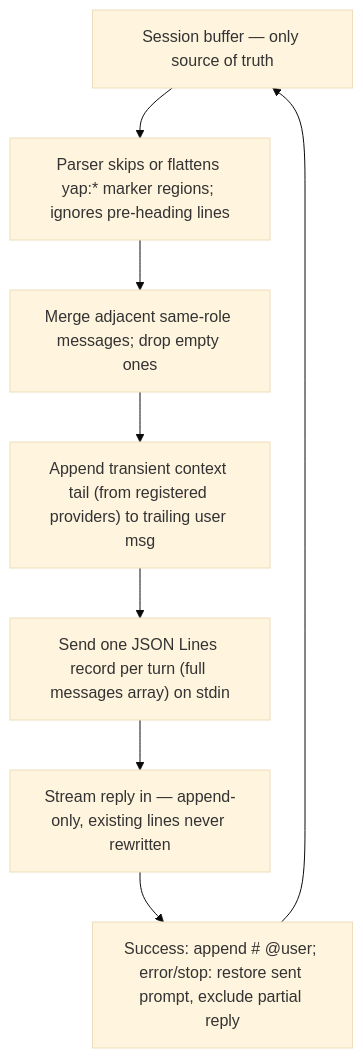
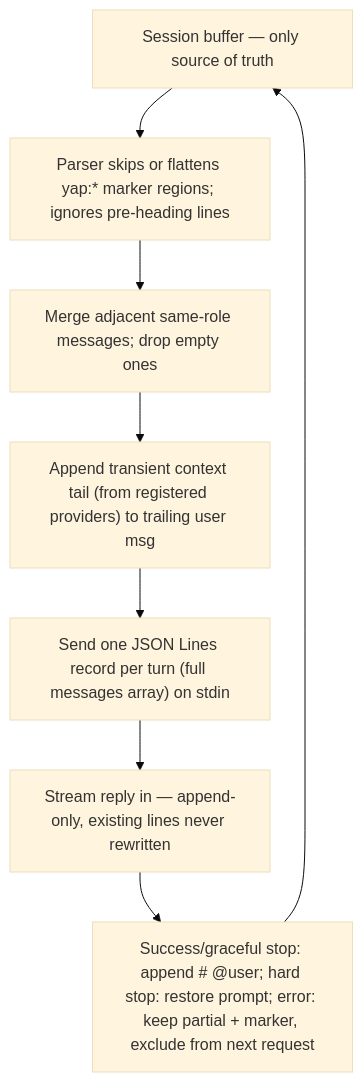
Before and after one commit to noisesfromspace/yap: the first of 3 diagrams in CONTRIBUTING.md, drawn with Mermaid (base theme). The commit also changed other lines of this file and 10 other files, not shown here.

First line of the commit message:
fix(turn): keep graceful-stop partials, quarantine error partials

````diff
--- a/CONTRIBUTING.md
+++ b/CONTRIBUTING.md
@@ -90,10 +90,10 @@
 ```mermaid
 flowchart TD
     A["Session buffer — only source of truth"] --> B["Parser skips or flattens yap:* marker regions; ignores pre-heading lines"]
     B --> C["Merge adjacent same-role messages; drop empty ones"]
     C --> D["Append transient context tail (from registered providers) to trailing user msg"]
     D --> E["Send one JSON Lines record per turn (full messages array) on stdin"]
     E --> F["Stream reply in — append-only, existing lines never rewritten"]
-    F --> G["Success: append # @user; error/stop: restore sent prompt, exclude partial reply"]
+    F --> G["Success/graceful stop: append # @user; hard stop: restore prompt; error: keep partial + marker, exclude from next request"]
     G --> A
 ```
````
